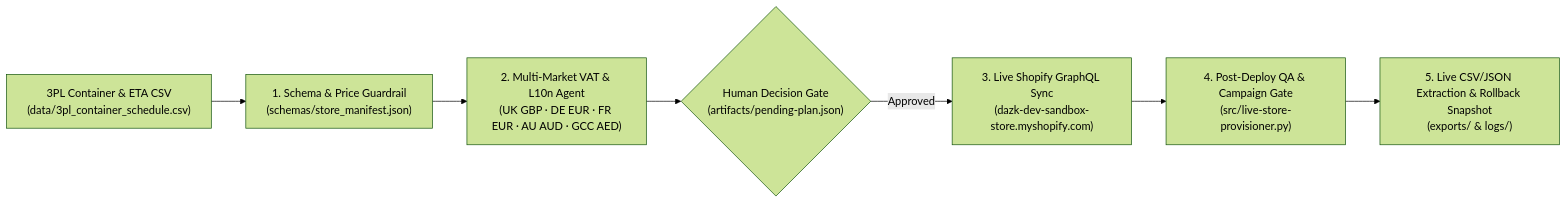
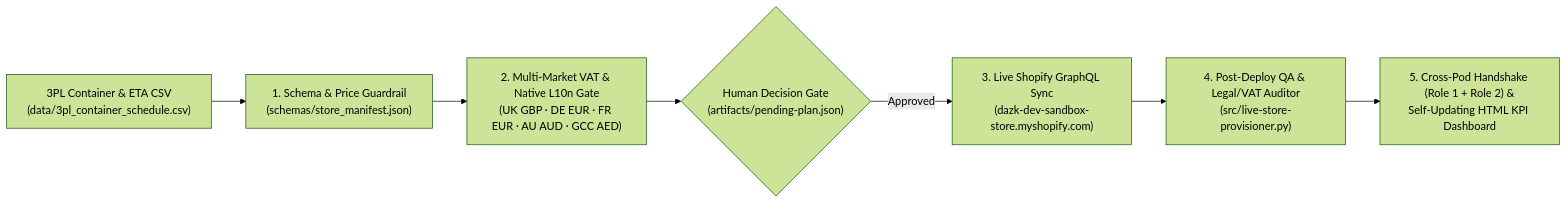
Before and after one commit to iamdazkdev/shopify-multistore-agent-ops: the diagram in README.md, drawn with Mermaid (forest theme). The commit also changed other lines of this file and 17 other files, not shown here.

Commit message:
feat(role3): complete JD coverage (GCC market, legal/VAT pages, OS2.0 theme section, navigation manifest, Role 1/2 pod feeds, plain-business logs & HTML dashboard)

````diff
--- a/README.md
+++ b/README.md
@@ -11,9 +11,9 @@
 ```mermaid
 flowchart LR
     Sheet["3PL Container & ETA CSV\n(data/3pl_container_schedule.csv)"] --> Validator["1. Schema & Price Guardrail\n(schemas/store_manifest.json)"]
-    Validator --> Localizer["2. Multi-Market VAT & L10n Agent\n(UK GBP · DE EUR · FR EUR · AU AUD · GCC AED)"]
+    Validator --> Localizer["2. Multi-Market VAT & Native L10n Gate\n(UK GBP · DE EUR · FR EUR · AU AUD · GCC AED)"]
     Localizer --> Gate{"Human Decision Gate\n(artifacts/pending-plan.json)"}
     Gate -->|Approved| GraphQL["3. Live Shopify GraphQL Sync\n(dazk-dev-sandbox-store.myshopify.com)"]
-    GraphQL --> QA["4. Post-Deploy QA & Campaign Gate\n(src/live-store-provisioner.py)"]
-    QA --> Exports["5. Live CSV/JSON Extraction & Rollback Snapshot\n(exports/ & logs/)"]
+    GraphQL --> QA["4. Post-Deploy QA & Legal/VAT Auditor\n(src/live-store-provisioner.py)"]
+    QA --> PodSync["5. Cross-Pod Handshake (Role 1 + Role 2) &\nSelf-Updating HTML KPI Dashboard"]
 ```
````
